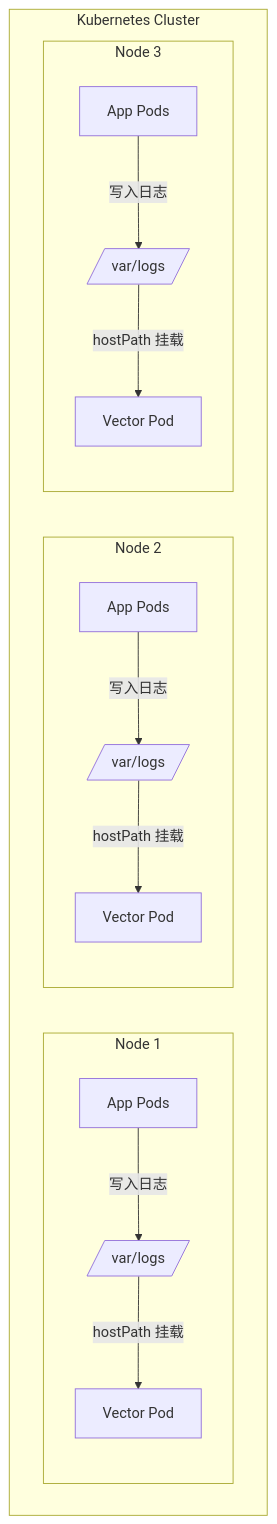
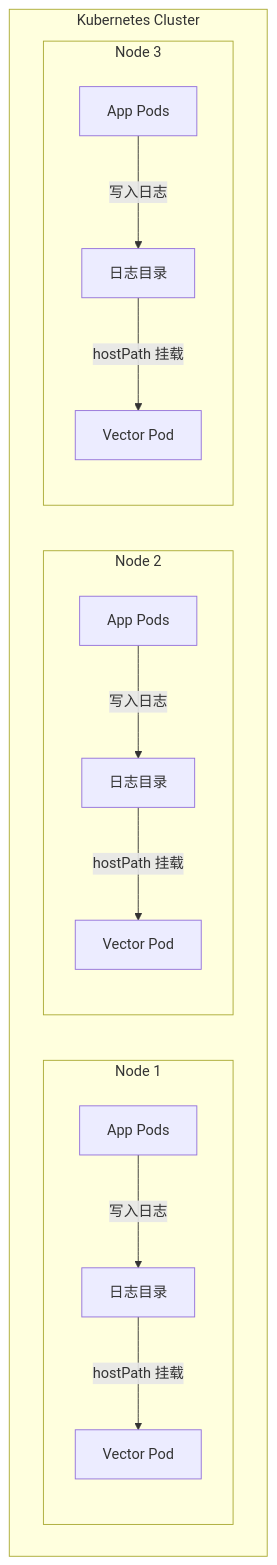
One commit to shenmuegit/shenmuegit.github.io changed the first of 2 diagrams in observability/docs/02-Vector部署/01-DaemonSet配置与部署.md. Above: the diagram before and after it, drawn with Mermaid. The commit also changed other lines of this file and 1 other file, not shown here.

Commit message:
Update sequence diagram in OpenObserve documentation for improved clarity by refining labels and ensuring consistent formatting.

````diff
--- a/observability/docs/02-Vector部署/01-DaemonSet配置与部署.md
+++ b/observability/docs/02-Vector部署/01-DaemonSet配置与部署.md
@@ -67,30 +67,30 @@
 ```mermaid
 graph TB
     subgraph Kubernetes Cluster
         subgraph Node1[Node 1]
             VP1[Vector Pod]
             APP1[App Pods]
-            LOG1[/var/logs/]
+            LOG1[日志目录]
         end
         
         subgraph Node2[Node 2]
             VP2[Vector Pod]
             APP2[App Pods]
-            LOG2[/var/logs/]
+            LOG2[日志目录]
         end
         
         subgraph Node3[Node 3]
             VP3[Vector Pod]
             APP3[App Pods]
-            LOG3[/var/logs/]
+            LOG3[日志目录]
         end
     end
     
     APP1 -->|写入日志| LOG1
     APP2 -->|写入日志| LOG2
     APP3 -->|写入日志| LOG3
     
     LOG1 -->|hostPath 挂载| VP1
     LOG2 -->|hostPath 挂载| VP2
     LOG3 -->|hostPath 挂载| VP3
 ```
````
